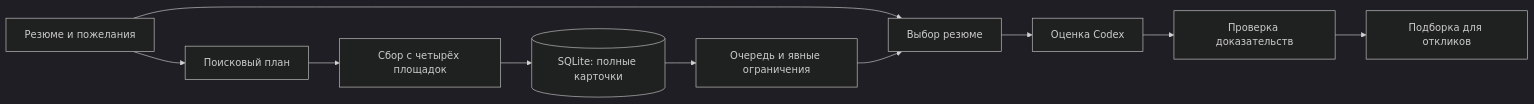
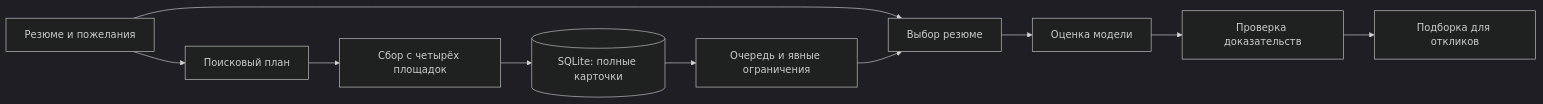
Before and after one commit to timsmykov/career-scout: the diagram in README.md, drawn with Mermaid (dark theme). The commit also changed other lines of this file and 30 other files, not shown here.

````diff
--- a/README.md
+++ b/README.md
@@ -22,12 +22,12 @@
 ```mermaid
 flowchart LR
     C[Резюме и пожелания] --> P[Поисковый план]
     P --> S[Сбор с четырёх площадок]
     S --> D[(SQLite: полные карточки)]
     D --> F[Очередь и явные ограничения]
     C --> R[Выбор резюме]
     F --> R
-    R --> E[Оценка Codex]
+    R --> E[Оценка модели]
     E --> V[Проверка доказательств]
     V --> L[Подборка для откликов]
 ```
````
